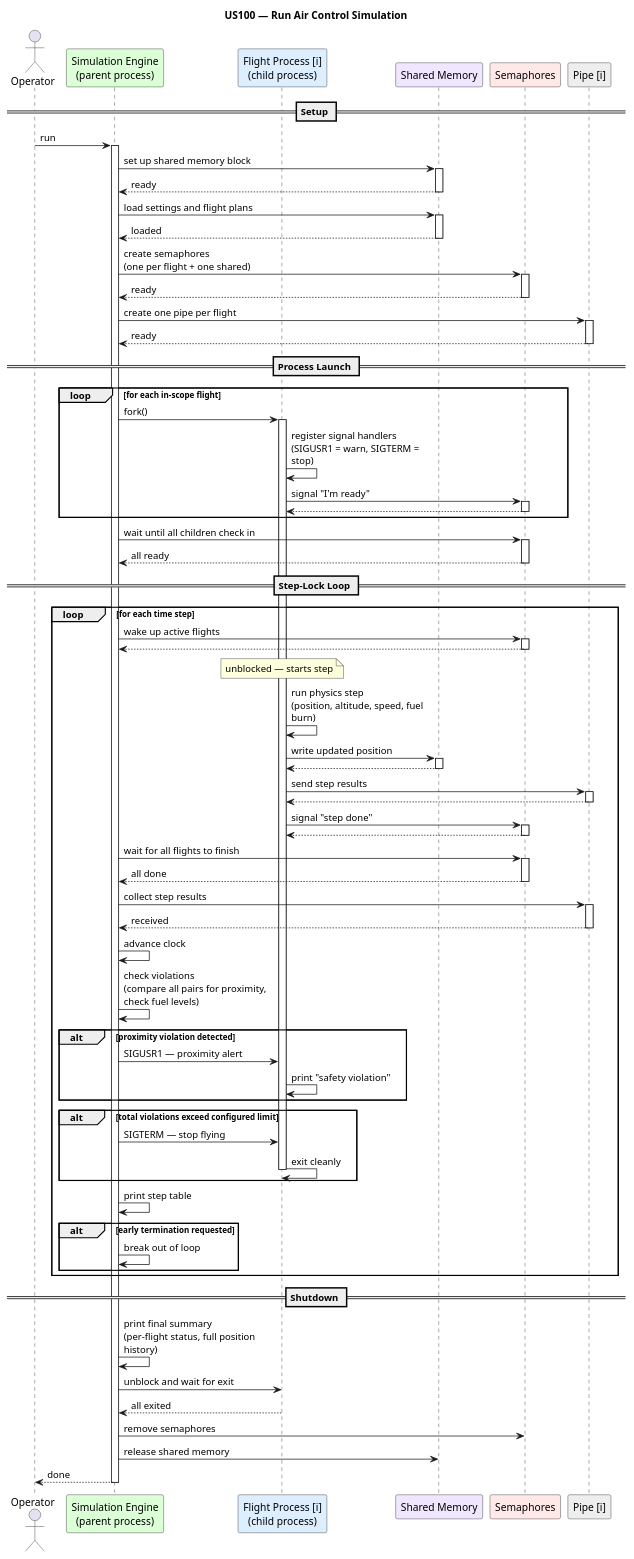
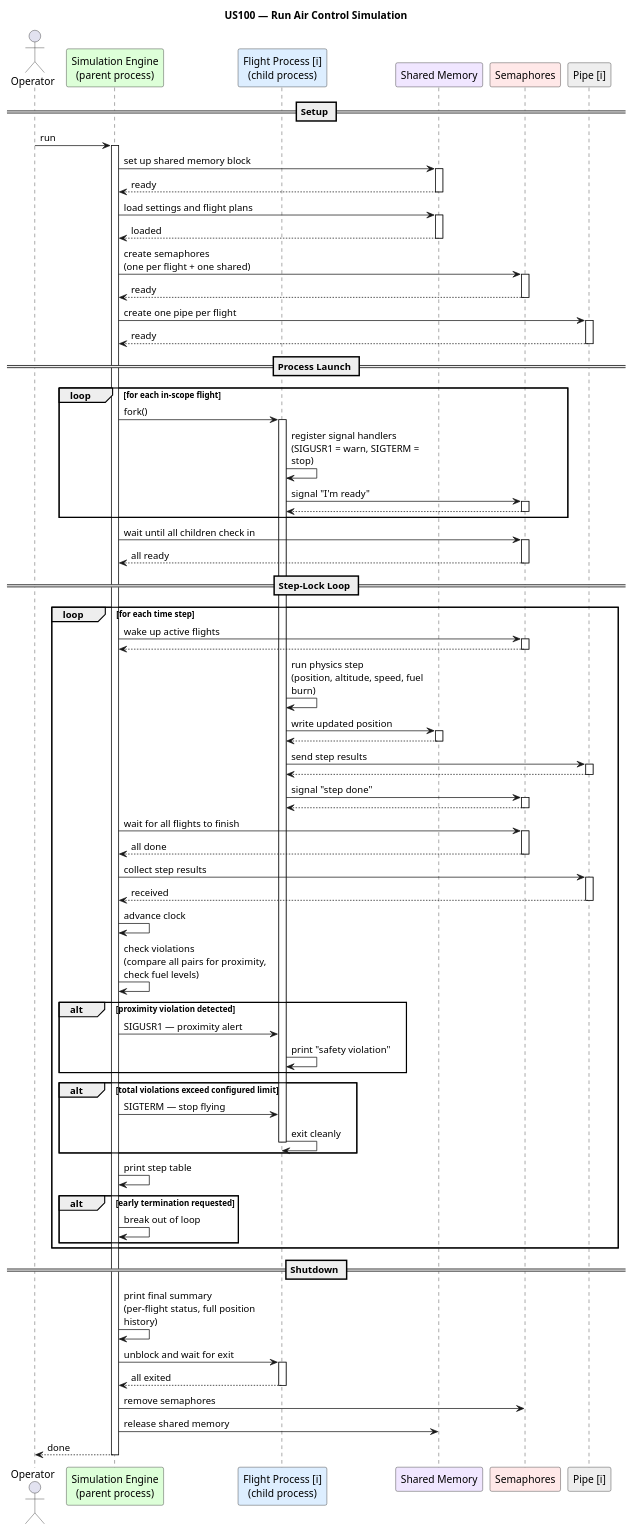
The diagram in aisafe/aisafe-simulation/docs/sequence-simulation.puml (fardeenmunaf/aicontrol-flight-management), drawn with PlantUML before and after one commit. The commit also changed 1 other file, not shown here.

Commit message:
fixed a execution block on the diagram

```diff
--- a/aisafe/aisafe-simulation/docs/sequence-simulation.puml
+++ b/aisafe/aisafe-simulation/docs/sequence-simulation.puml
@@ -1,105 +1,103 @@
 @startuml sequence-simulation
 title US100 — Run Air Control Simulation
 
 skinparam sequenceMessageAlign left
 skinparam responseMessageBelowArrow true
 skinparam maxMessageSize 200
 
 actor "Operator" as Op
 participant "Simulation Engine\n(parent process)" as Engine #DDFFD8
 participant "Flight Process [i]\n(child process)" as Child #DDEEFF
 participant "Shared Memory" as SHM #F0E6FF
 participant "Semaphores" as Sems #FFE8E8
 participant "Pipe [i]" as Pipe #EEEEEE
 
 == Setup ==
 
 Op -> Engine ++: run
 
 Engine -> SHM ++: set up shared memory block
 SHM --> Engine --: ready
 
 Engine -> SHM ++: load settings and flight plans
 SHM --> Engine --: loaded
 
 Engine -> Sems ++: create semaphores\n(one per flight + one shared)
 Sems --> Engine --: ready
 
 Engine -> Pipe ++: create one pipe per flight
 Pipe --> Engine --: ready
 
 == Process Launch ==
 
 loop for each in-scope flight
 
     Engine -> Child ++: fork()
     Child -> Child: register signal handlers\n(SIGUSR1 = warn, SIGTERM = stop)
     Child -> Sems ++: signal "I'm ready"
     Sems --> Child --
 
 end
 
 Engine -> Sems ++: wait until all children check in
 Sems --> Engine --: all ready
 
 == Step-Lock Loop ==
 
 loop for each time step
 
     Engine -> Sems ++: wake up active flights
     Sems --> Engine --
 
-    note over Child: unblocked — starts step
-
     Child -> Child: run physics step\n(position, altitude, speed, fuel burn)
 
     Child -> SHM ++: write updated position
     SHM --> Child --
 
     Child -> Pipe ++: send step results
     Pipe --> Child --
 
     Child -> Sems ++: signal "step done"
     Sems --> Child --
 
     Engine -> Sems ++: wait for all flights to finish
     Sems --> Engine --: all done
 
     Engine -> Pipe ++: collect step results
     Pipe --> Engine --: received
 
     Engine -> Engine: advance clock
 
     Engine -> Engine: check violations\n(compare all pairs for proximity,\ncheck fuel levels)
 
     alt proximity violation detected
         Engine -> Child: SIGUSR1 — proximity alert
         Child -> Child: print "safety violation"
     end
 
     alt total violations exceed configured limit
         Engine -> Child: SIGTERM — stop flying
         Child -> Child --: exit cleanly
     end
 
     Engine -> Engine: print step table
 
     alt early termination requested
         Engine -> Engine: break out of loop
     end
 
 end
 
 == Shutdown ==
 
 Engine -> Engine: print final summary\n(per-flight status, full position history)
 
-Engine -> Child: unblock and wait for exit
+Engine -> Child ++: unblock and wait for exit
 Child --> Engine --: all exited
 
 Engine -> Sems: remove semaphores
 Engine -> SHM: release shared memory
 
 Engine --> Op --: done
 
 @enduml
```
